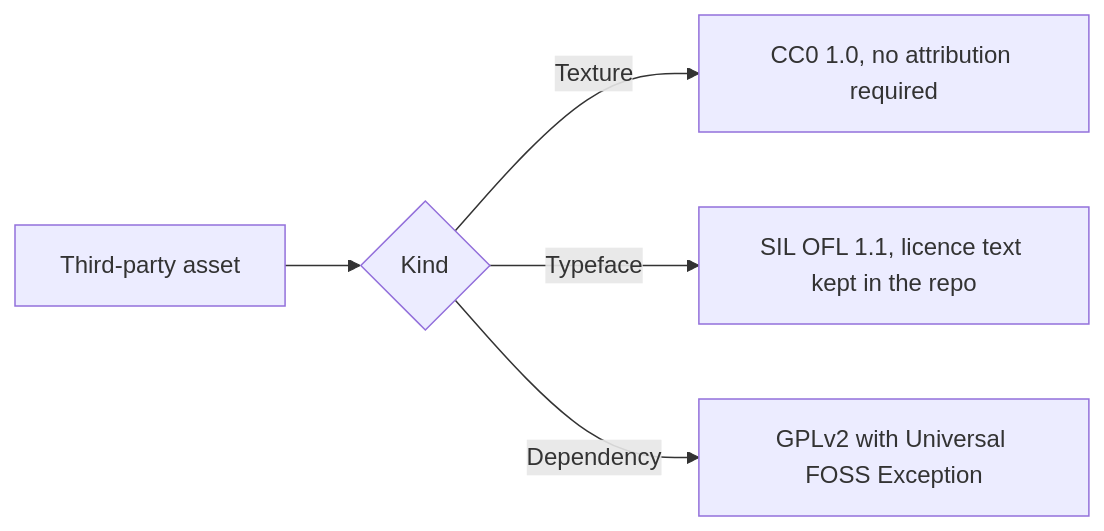
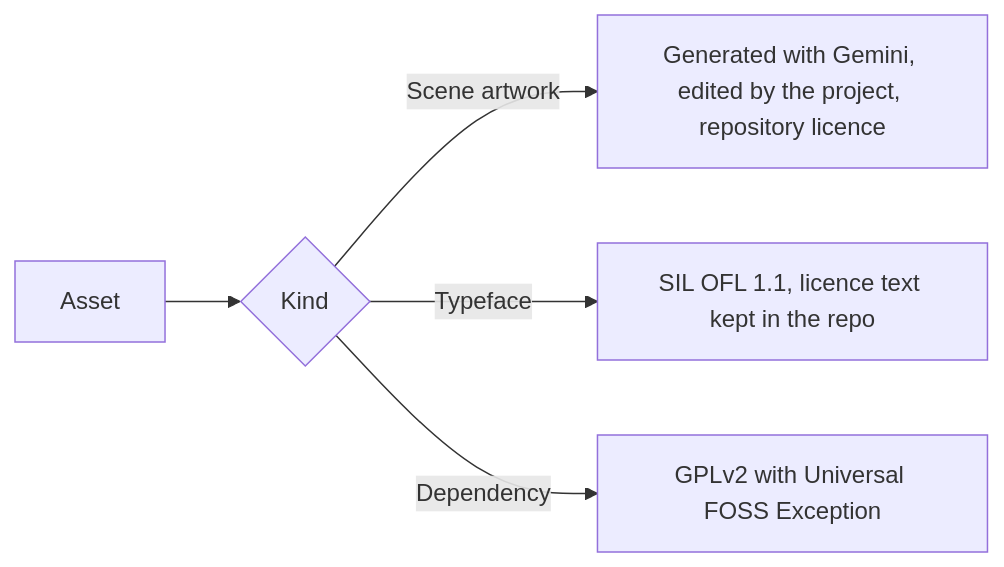
Before and after one commit to kfeuerschvenger/programmingrequests: the diagram in docs/ASSETS-LICENSES.md, drawn with Mermaid. The commit also changed other lines of this file, not shown here.

First line of the commit message:
docs: credit generated scene assets

````diff
--- a/docs/ASSETS-LICENSES.md
+++ b/docs/ASSETS-LICENSES.md
@@ -5,7 +5,7 @@
 ```mermaid
 flowchart LR
-    A[Third-party asset] --> B{Kind}
-    B -->|Texture| C[CC0 1.0, no attribution required]
+    A[Asset] --> B{Kind}
+    B -->|Scene artwork| C[Generated with Gemini, edited by the project, repository licence]
     B -->|Typeface| D[SIL OFL 1.1, licence text kept in the repo]
     B -->|Dependency| E[GPLv2 with Universal FOSS Exception]
 ```
````
